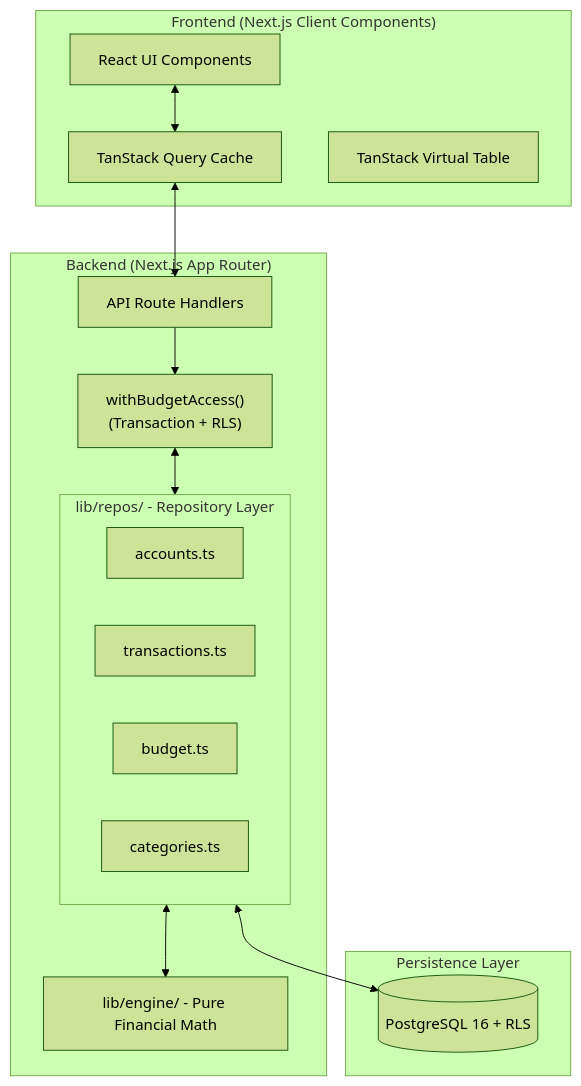
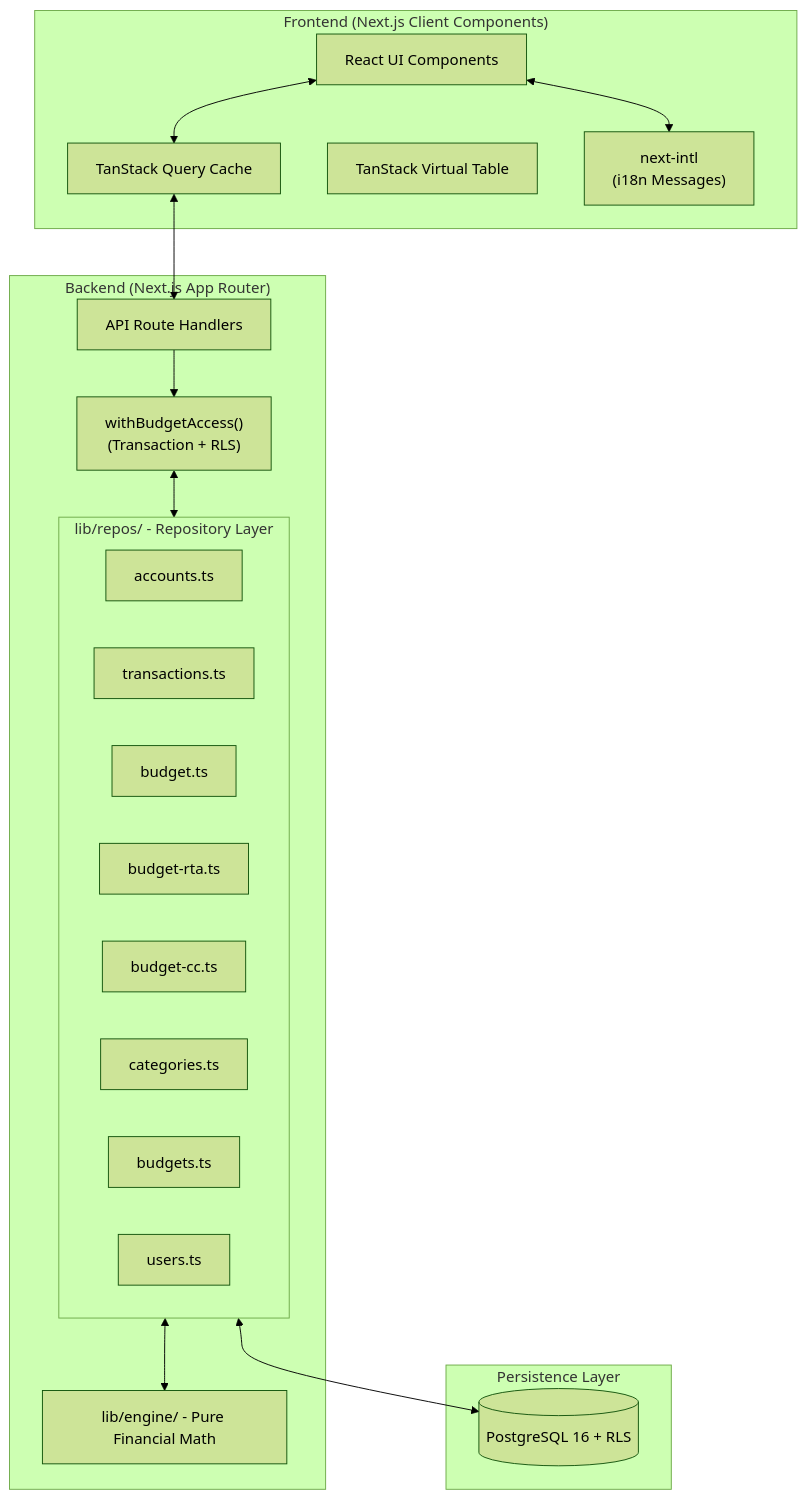
Before and after one commit to camilopiedra92/YNAB-Clone: the first of 2 diagrams in docs/architecture.md, drawn with Mermaid (forest theme). The commit also changed other lines of this file and 91 other files, not shown here.

````diff
--- a/docs/architecture.md
+++ b/docs/architecture.md
@@ -9,31 +9,37 @@
 ```mermaid
 graph TD
     subgraph Client ["Frontend (Next.js Client Components)"]
         UI[React UI Components]
         RQ[TanStack Query Cache]
         VTR[TanStack Virtual Table]
+        I18N["next-intl\n(i18n Messages)"]
     end
 
     subgraph Server ["Backend (Next.js App Router)"]
         API[API Route Handlers]
         WBA["withBudgetAccess()\n(Transaction + RLS)"]
         subgraph Repos ["lib/repos/ - Repository Layer"]
             ACCT[accounts.ts]
             TXN[transactions.ts]
             BUD[budget.ts]
+            BUDRTA[budget-rta.ts]
+            BUDCC[budget-cc.ts]
             CAT[categories.ts]
+            BUDGETS[budgets.ts]
+            USERS[users.ts]
         end
         ENGINE[lib/engine/ - Pure Financial Math]
     end
 
     subgraph Storage ["Persistence Layer"]
         PG[(PostgreSQL 16 + RLS)]
     end
 
     UI <--> RQ
+    UI <--> I18N
     RQ <--> API
     API --> WBA
     WBA <--> Repos
     Repos <--> ENGINE
     Repos <--> PG
 ```
````
